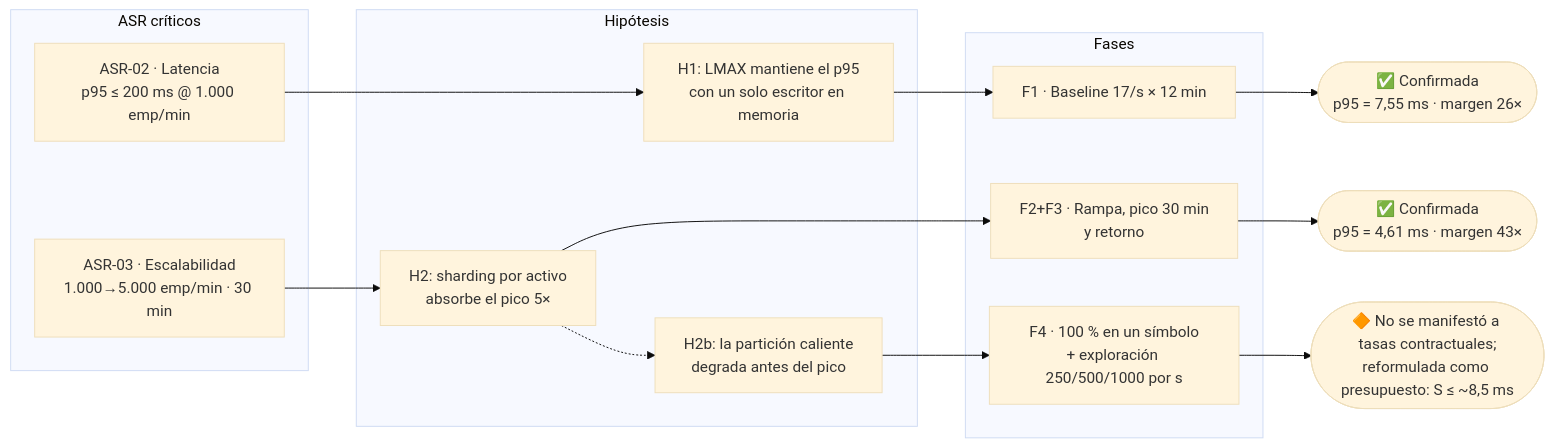
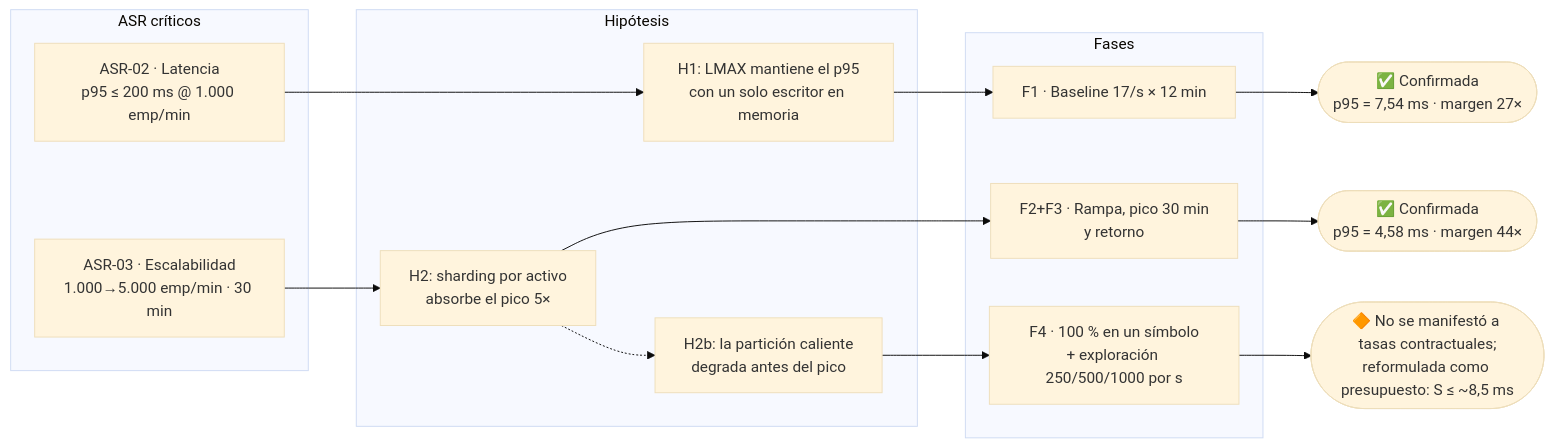
The first of 9 diagrams in docs/experimento-e01.md (MATI-MBIT/arqsoft-reto-1), drawn with Mermaid (base theme) before and after one commit. The commit also changed other lines of this file and 3 other files, not shown here.

````diff
--- a/docs/experimento-e01.md
+++ b/docs/experimento-e01.md
@@ -15,23 +15,23 @@
 ```mermaid
 flowchart LR
     subgraph ASRs["ASR críticos"]
       A2["ASR-02 · Latencia\np95 ≤ 200 ms @ 1.000 emp/min"]
       A3["ASR-03 · Escalabilidad\n1.000→5.000 emp/min · 30 min"]
     end
     subgraph Hipotesis["Hipótesis"]
       H1["H1: LMAX mantiene el p95\ncon un solo escritor en memoria"]
       H2["H2: sharding por activo\nabsorbe el pico 5×"]
       H2b["H2b: la partición caliente\ndegrada antes del pico"]
     end
     subgraph Fases["Fases"]
       F1["F1 · Baseline 17/s × 12 min"]
       F2["F2+F3 · Rampa, pico 30 min\ny retorno"]
       F4["F4 · 100 % en un símbolo\n+ exploración 250/500/1000 por s"]
     end
     A2 --> H1 --> F1
     A3 --> H2 --> F2
     H2 -.-> H2b --> F4
-    F1 --> V1(["✅ Confirmada\np95 = 7,55 ms · margen 26×"])
-    F2 --> V2(["✅ Confirmada\np95 = 4,61 ms · margen 43×"])
+    F1 --> V1(["✅ Confirmada\np95 = 7,54 ms · margen 27×"])
+    F2 --> V2(["✅ Confirmada\np95 = 4,58 ms · margen 44×"])
     F4 --> V3(["🔶 No se manifestó a tasas contractuales;\nreformulada como presupuesto: S ≤ ~8,5 ms"])
 ```
````
